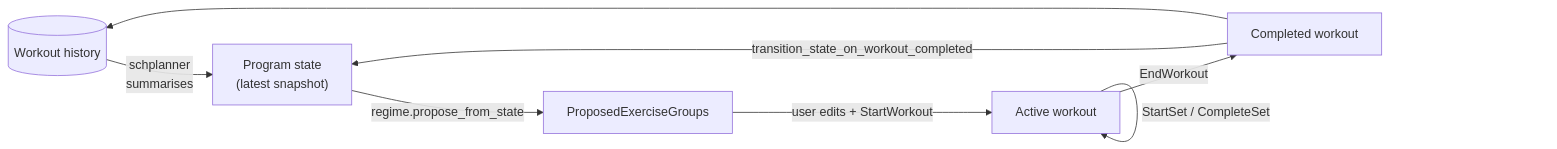
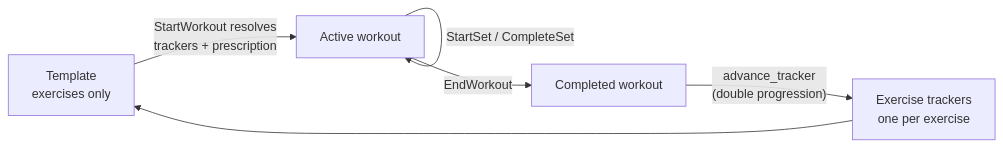
One commit to brensch/lift changed the first of 7 diagrams in docs/architecture/workout-lifecycle.md. Above: the diagram before and after it, drawn with Mermaid. The commit also changed other lines of this file and 12 other files, not shown here.

First line of the commit message:
docs: architecture reference follows the cutover

````diff
--- a/docs/architecture/workout-lifecycle.md
+++ b/docs/architecture/workout-lifecycle.md
@@ -10,10 +9,8 @@
 ```mermaid
 graph LR
-    hist[("Workout history")] -->|"schplanner<br/>summarises"| state["Program state<br/>(latest snapshot)"]
-    state -->|"regime.propose_from_state"| prop["ProposedExerciseGroups"]
-    prop -->|"user edits + StartWorkout"| active["Active workout"]
+    tmpl["Template<br/>exercises only"] -->|"StartWorkout resolves<br/>trackers + prescription"| active["Active workout"]
     active -->|"StartSet / CompleteSet"| active
     active -->|"EndWorkout"| done["Completed workout"]
-    done -->|"transition_state_on_workout_completed"| state
-    done --> hist
+    done -->|"advance_tracker<br/>(double progression)"| trk["Exercise trackers<br/>one per exercise"]
+    trk --> tmpl
 ```
````
